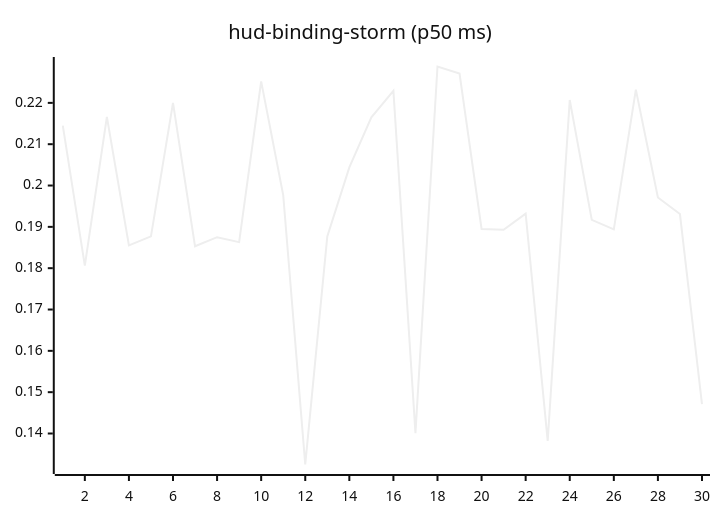
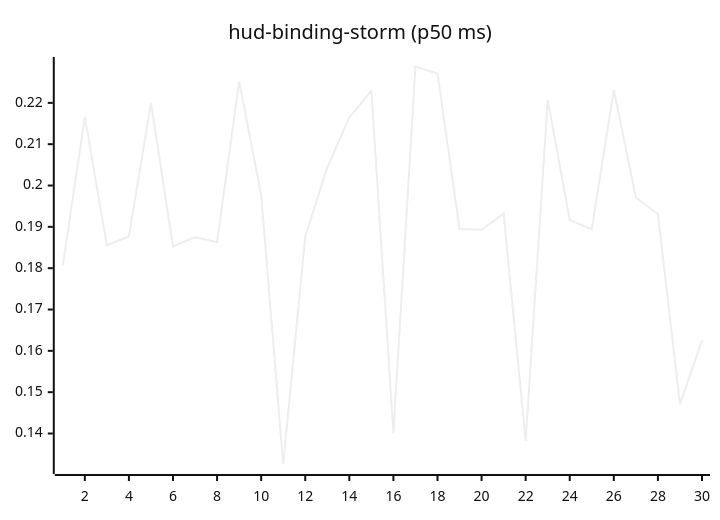
The tenth of 27 diagrams in README.md (josha/Facet), drawn with Mermaid (neutral theme) before and after one commit. The commit also changed other lines of this file and 2 other files, not shown here.

````diff
--- a/README.md
+++ b/README.md
@@ -126,6 +126,6 @@
 ```mermaid
 xychart-beta
     title "hud-binding-storm (p50 ms)"
     x-axis 1 --> 30
-    line [0.2145, 0.1806, 0.2166, 0.1855, 0.1877, 0.2200, 0.1853, 0.1875, 0.1863, 0.2252, 0.1977, 0.1325, 0.1877, 0.2044, 0.2165, 0.2229, 0.1401, 0.2288, 0.2271, 0.1895, 0.1893, 0.1932, 0.1382, 0.2207, 0.1917, 0.1894, 0.2232, 0.1971, 0.1931, 0.1471]
+    line [0.1806, 0.2166, 0.1855, 0.1877, 0.2200, 0.1853, 0.1875, 0.1863, 0.2252, 0.1977, 0.1325, 0.1877, 0.2044, 0.2165, 0.2229, 0.1401, 0.2288, 0.2271, 0.1895, 0.1893, 0.1932, 0.1382, 0.2207, 0.1917, 0.1894, 0.2232, 0.1971, 0.1931, 0.1471, 0.1625]
 ```
````
